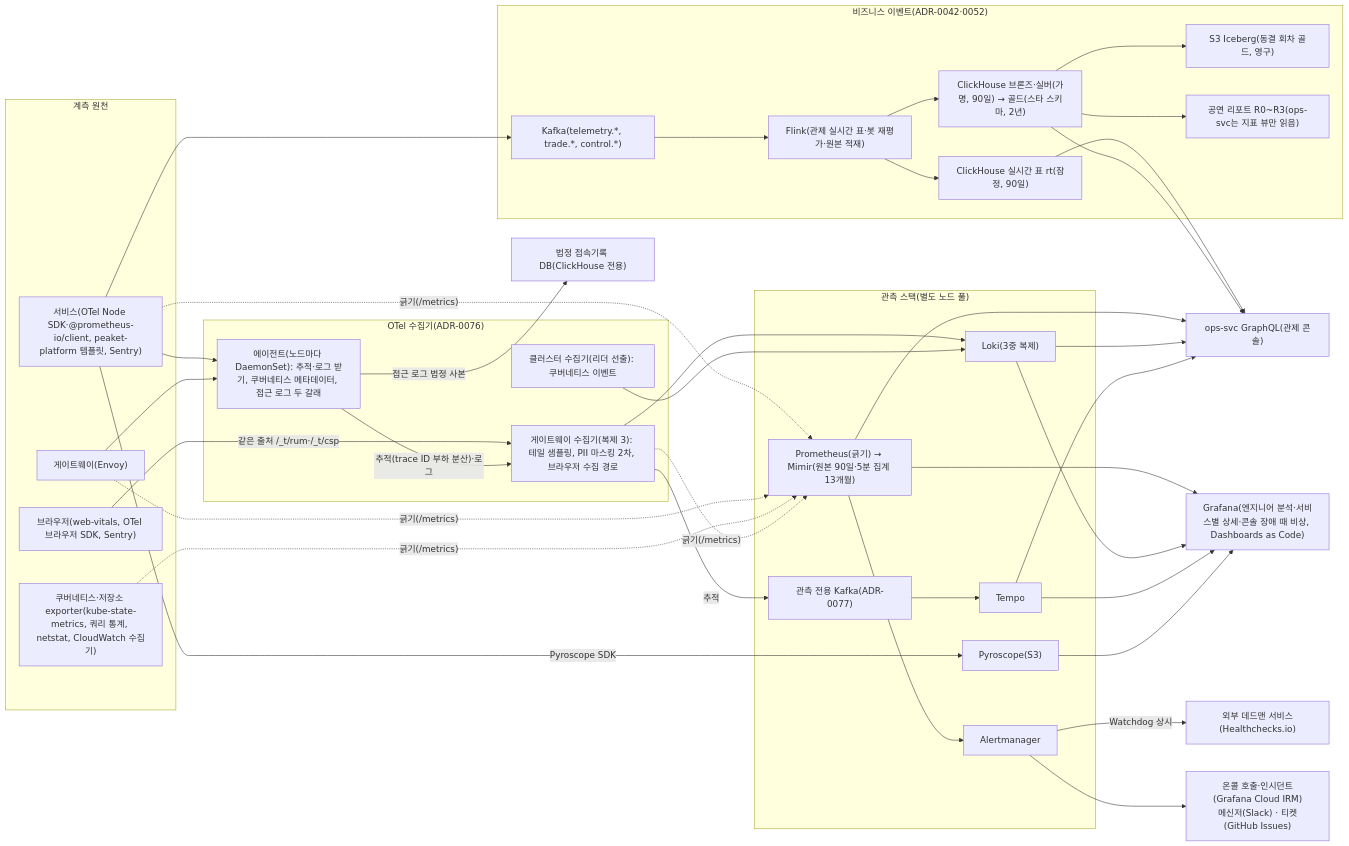
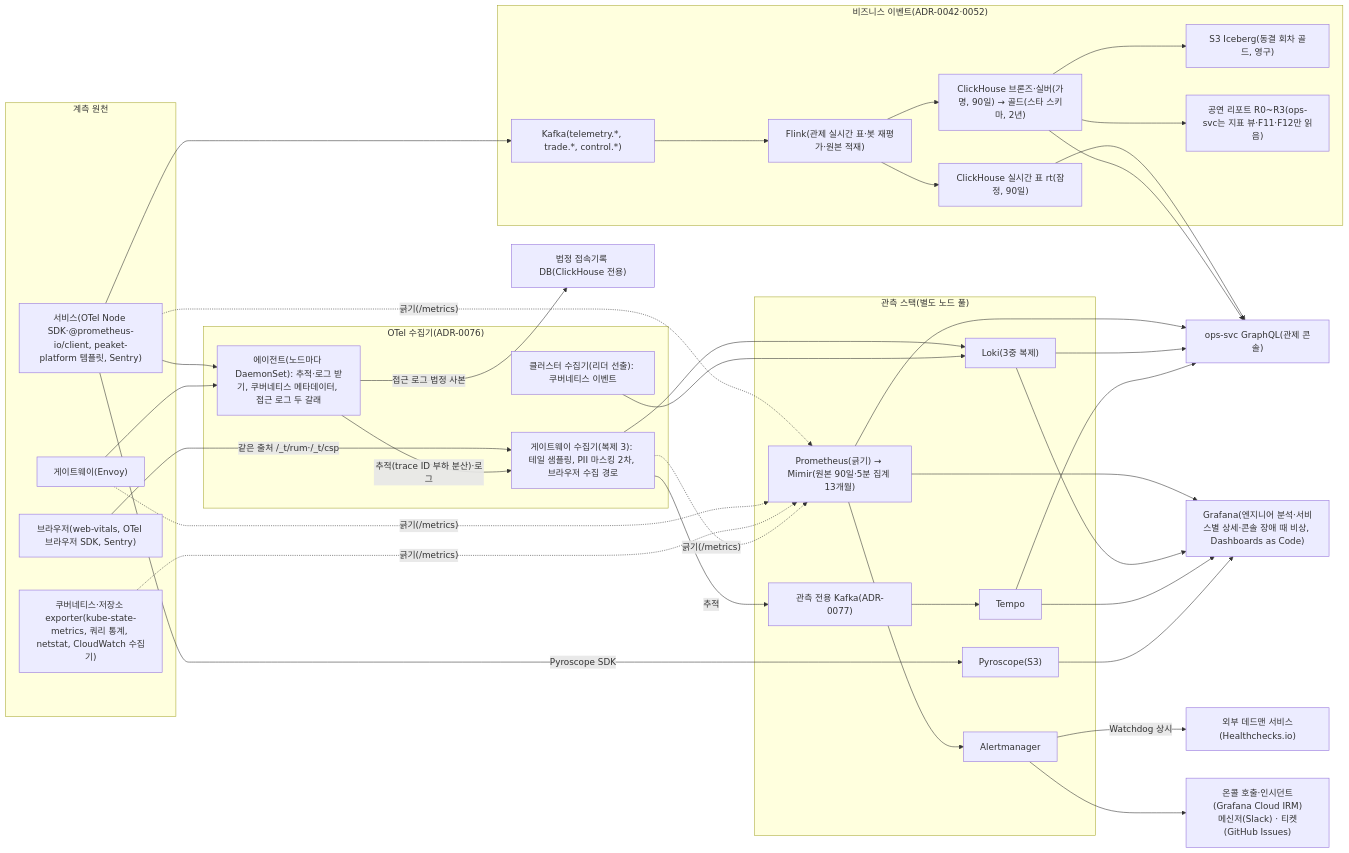
One commit to peaket/peaket changed the diagram in docs/observability.md. Above: the diagram before and after it, drawn with Mermaid. The commit also changed other lines of this file and 111 other files, not shown here.

````diff
--- a/docs/observability.md
+++ b/docs/observability.md
@@ -10,37 +10,37 @@
 ```mermaid
 flowchart LR
     subgraph SRC["계측 원천"]
         SVC["서비스(OTel Node SDK·@prometheus-io/client, peaket-platform 템플릿, Sentry)"]; GW["게이트웨이(Envoy)"]; FE["브라우저(web-vitals, OTel 브라우저 SDK, Sentry)"]; K8S["쿠버네티스·저장소 exporter(kube-state-metrics, 쿼리 통계, netstat, CloudWatch 수집기)"]
     end
     subgraph COLL["OTel 수집기(ADR-0076)"]
         AGT["에이전트(노드마다 DaemonSet): 추적·로그 받기, 쿠버네티스 메타데이터, 접근 로그 두 갈래"]
         GWC["게이트웨이 수집기(복제 3): 테일 샘플링, PII 마스킹 2차, 브라우저 수집 경로"]
         CLU["클러스터 수집기(리더 선출): 쿠버네티스 이벤트"]
     end
     ACC["법정 접속기록 DB(ClickHouse 전용)"]
     subgraph STORE["관측 스택(별도 노드 풀)"]
         PROM["Prometheus(긁기) → Mimir(원본 90일·5분 집계 13개월)"]; LOKI["Loki(3중 복제)"]; OKAFKA["관측 전용 Kafka(ADR-0077)"]; TEMPO["Tempo"]; PYRO["Pyroscope(S3)"]; AM["Alertmanager"]
     end
     subgraph BIZ["비즈니스 이벤트(ADR-0042·0052)"]
         KAFKA["Kafka(telemetry.*, trade.*, control.*)"] --> FLINK["Flink(관제 실시간 표·봇 재평가·원본 적재)"]
         FLINK --> RT["ClickHouse 실시간 표 rt(잠정, 90일)"]
         FLINK --> CH["ClickHouse 브론즈·실버(가명, 90일) → 골드(스타 스키마, 2년)"]
         CH --> ICE["S3 Iceberg(동결 회차 골드, 영구)"]
-        CH --> REPORT["공연 리포트 R0~R3(ops-svc는 지표 뷰만 읽음)"]
+        CH --> REPORT["공연 리포트 R0~R3(ops-svc는 지표 뷰·F11·F12만 읽음)"]
     end
     SVC & GW --> AGT
     FE -->|"같은 출처 /_t/rum·/_t/csp"| GWC
     AGT -->|"추적(trace ID 부하 분산)·로그"| GWC
     AGT -->|"접근 로그 법정 사본"| ACC
     GWC --> LOKI
     GWC -->|"추적"| OKAFKA --> TEMPO
     CLU --> LOKI
     SVC & GW & K8S & GWC -.->|"긁기(/metrics)"| PROM
     SVC -->|"Pyroscope SDK"| PYRO
     SVC --> KAFKA
     PROM --> AM
     PROM & LOKI & TEMPO & RT & CH --> OPS["ops-svc GraphQL(관제 콘솔)"]
     PROM & LOKI & TEMPO & PYRO --> GRAF["Grafana(엔지니어 분석·서비스별 상세·콘솔 장애 때 비상, Dashboards as Code)"]
     AM -->|"Watchdog 상시"| EXT["외부 데드맨 서비스(Healthchecks.io)"]
     AM --> ONCALL["온콜 호출·인시던트(Grafana Cloud IRM)\n메신저(Slack) · 티켓(GitHub Issues)"]
 ```
````
